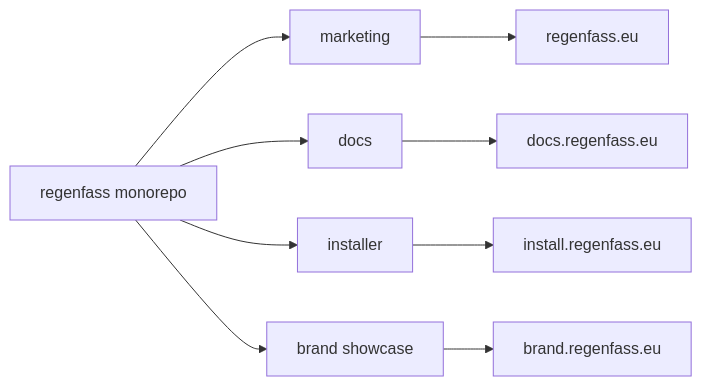
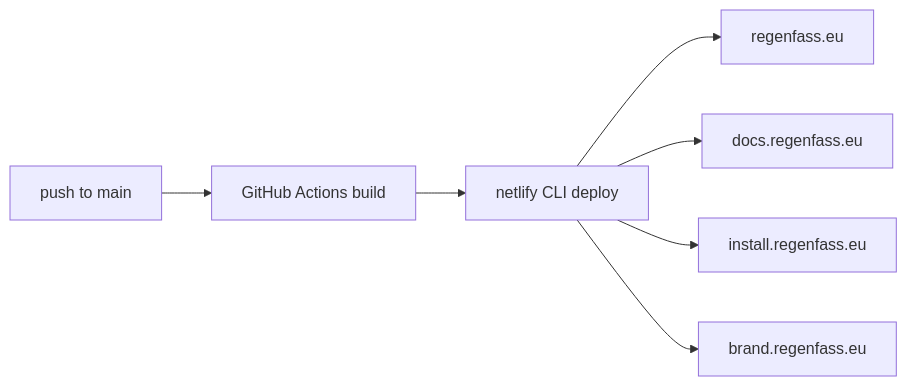
Before and after one commit to ttnleipzig/regenfass: the diagram in docs/Netlify-Deployment.md, drawn with Mermaid. The commit also changed other lines of this file and 10 other files, not shown here.

First line of the commit message:
fix(ci): build web apps on GitHub and deploy to Netlify

````diff
--- a/docs/Netlify-Deployment.md
+++ b/docs/Netlify-Deployment.md
@@ -5,12 +5,9 @@
 ```mermaid
 flowchart LR
-  repo[regenfass monorepo]
-  repo --> m[marketing]
-  repo --> d[docs]
-  repo --> i[installer]
-  repo --> b[brand showcase]
-  m --> dm[regenfass.eu]
-  d --> dd[docs.regenfass.eu]
-  i --> di[install.regenfass.eu]
-  b --> db[brand.regenfass.eu]
+  push[push to main] --> gha[GitHub Actions build]
+  gha --> cli[netlify CLI deploy]
+  cli --> m[regenfass.eu]
+  cli --> d[docs.regenfass.eu]
+  cli --> i[install.regenfass.eu]
+  cli --> b[brand.regenfass.eu]
 ```
````
